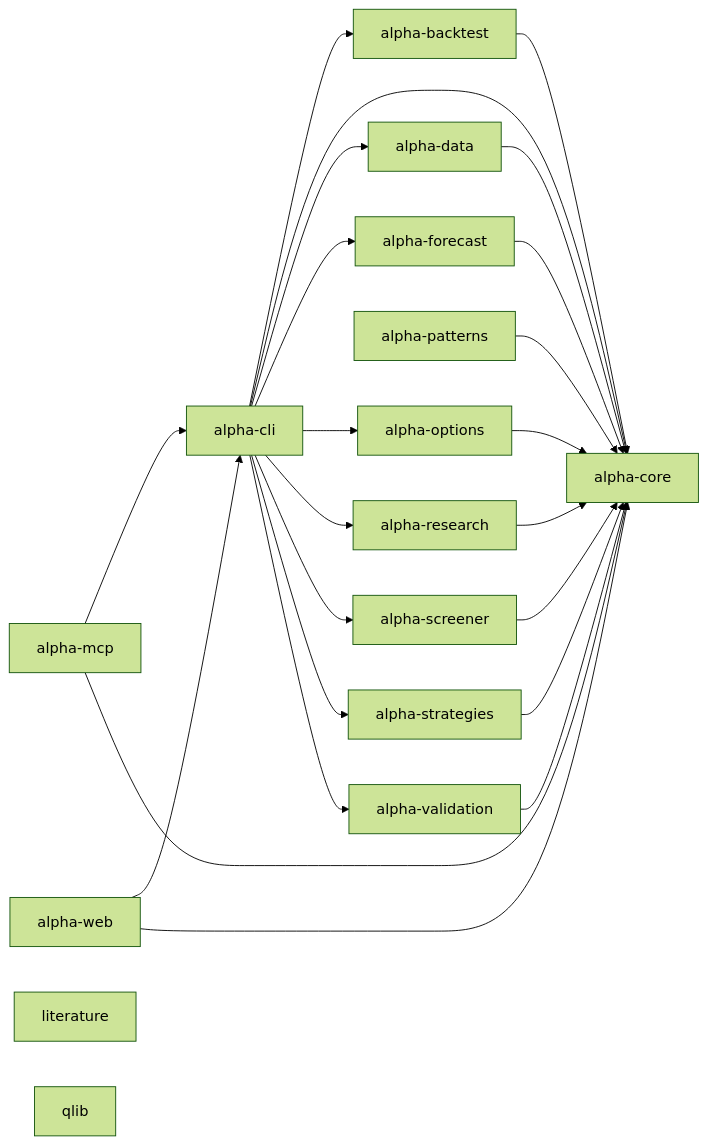
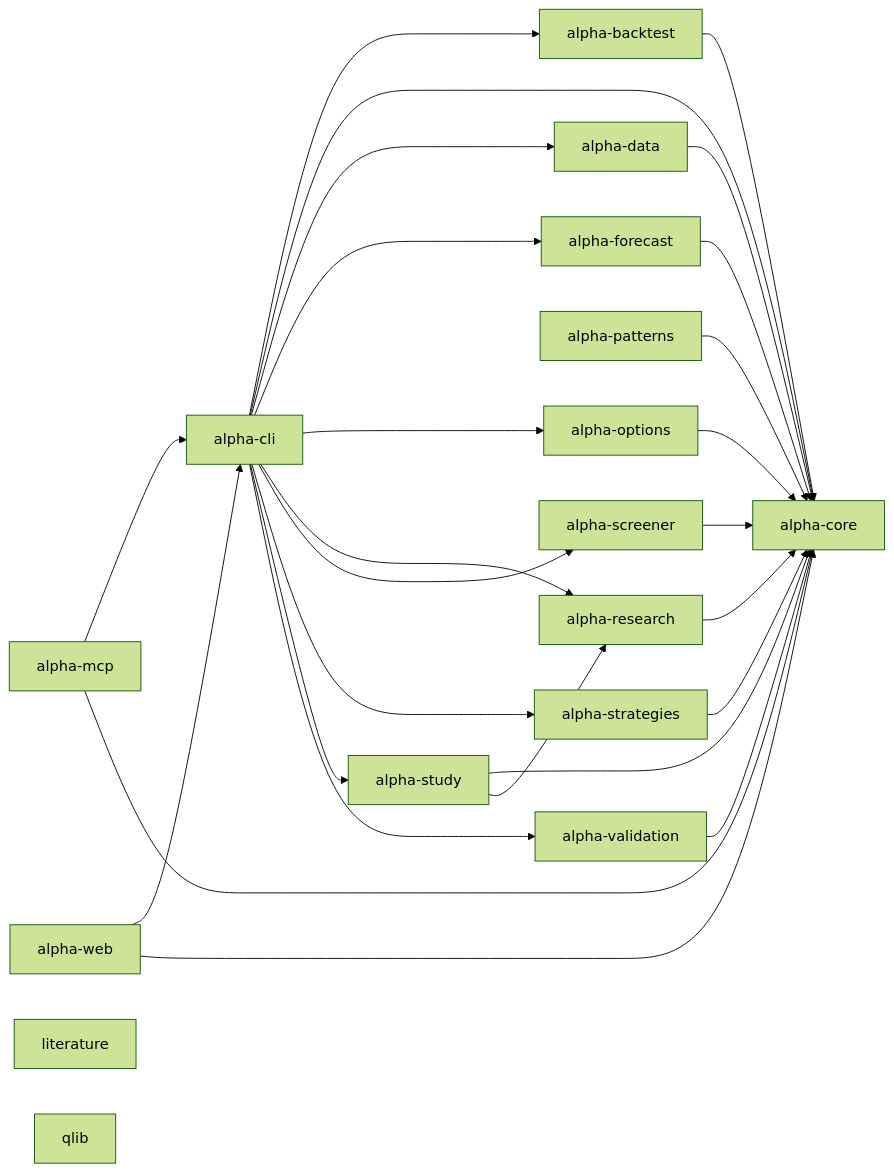
Before and after one commit to tradingsystem1880-eng/Project-ALPHA: the diagram in docs/atlas/system-map.md, drawn with Mermaid (forest theme). The commit also changed other lines of this file and 15 other files, not shown here.

````diff
--- a/docs/atlas/system-map.md
+++ b/docs/atlas/system-map.md
@@ -8,40 +8,44 @@
 ```mermaid
 flowchart LR
     n0["alpha-backtest"]
     n1["alpha-cli"]
     n2["alpha-core"]
     n3["alpha-data"]
     n4["alpha-forecast"]
     n5["alpha-mcp"]
     n6["alpha-options"]
     n7["alpha-patterns"]
     n8["alpha-research"]
     n9["alpha-screener"]
     n10["alpha-strategies"]
-    n11["alpha-validation"]
-    n12["alpha-web"]
-    n13["literature"]
-    n14["qlib"]
+    n11["alpha-study"]
+    n12["alpha-validation"]
+    n13["alpha-web"]
+    n14["literature"]
+    n15["qlib"]
     n0 --> n2
     n1 --> n0
     n1 --> n2
     n1 --> n3
     n1 --> n4
     n1 --> n6
     n1 --> n8
     n1 --> n9
     n1 --> n10
     n1 --> n11
+    n1 --> n12
     n3 --> n2
     n4 --> n2
     n5 --> n1
     n5 --> n2
     n6 --> n2
     n7 --> n2
     n8 --> n2
     n9 --> n2
     n10 --> n2
     n11 --> n2
-    n12 --> n1
+    n11 --> n8
     n12 --> n2
+    n13 --> n1
+    n13 --> n2
 ```
````
